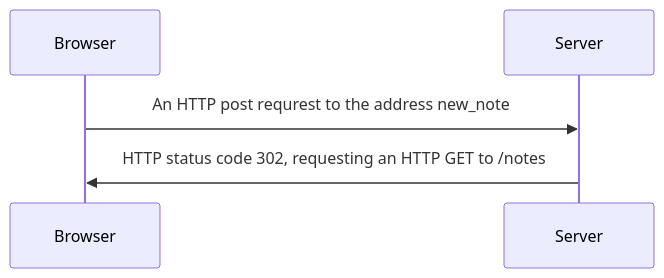
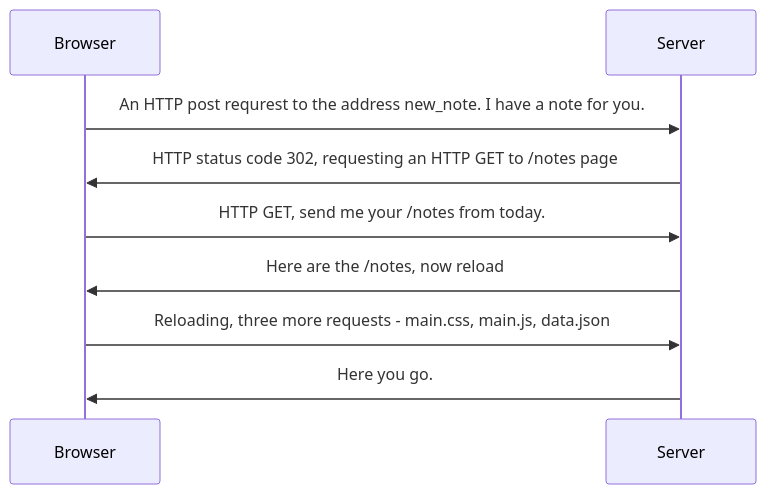
One commit to maxtrap/full-stack-open-submissions changed the diagram in 0.4.md. Above: the diagram before and after it, drawn with Mermaid.

Commit message:
Finish 0.4 sequence diagram

````diff
--- a/0.4.md
+++ b/0.4.md
@@ -1,5 +1,9 @@
 ```mermaid
 sequenceDiagram
-    Browser->>Server: An HTTP post requrest to the address new_note
-    Server->>Browser: HTTP status code 302, requesting an HTTP GET to /notes
+    Browser->>Server: An HTTP post requrest to the address new_note. I have a note for you.
+    Server->>Browser: HTTP status code 302, requesting an HTTP GET to /notes page
+    Browser->>Server: HTTP GET, send me your /notes from today.
+    Server->>Browser: Here are the /notes, now reload
+    Browser->>Server: Reloading, three more requests - main.css, main.js, data.json
+    Server->>Browser: Here you go.
 ```
````
